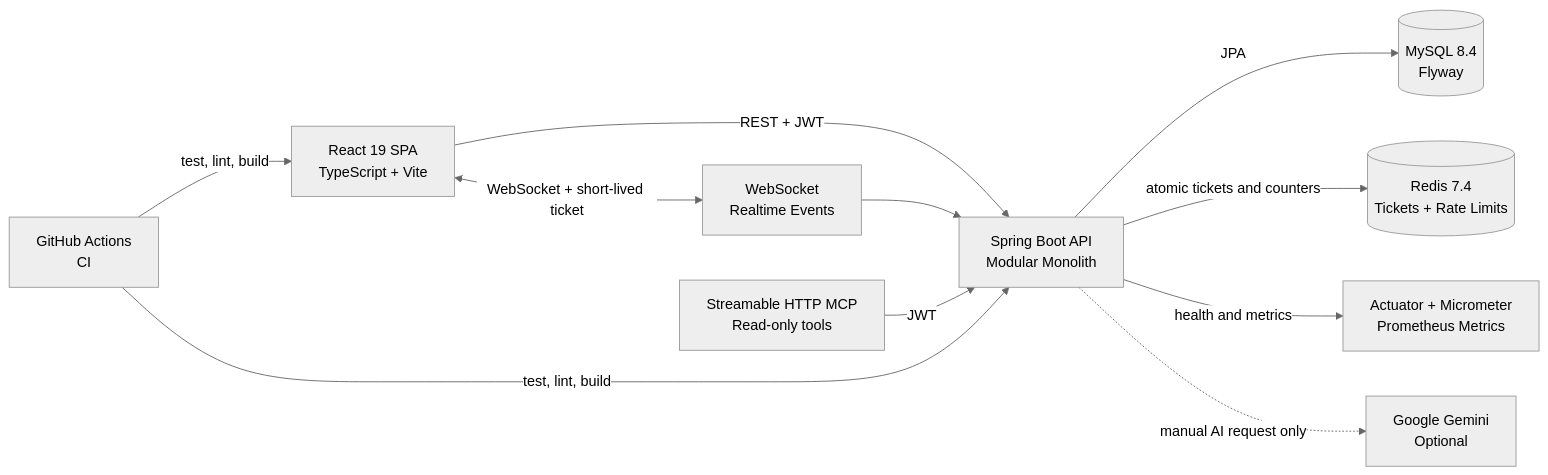
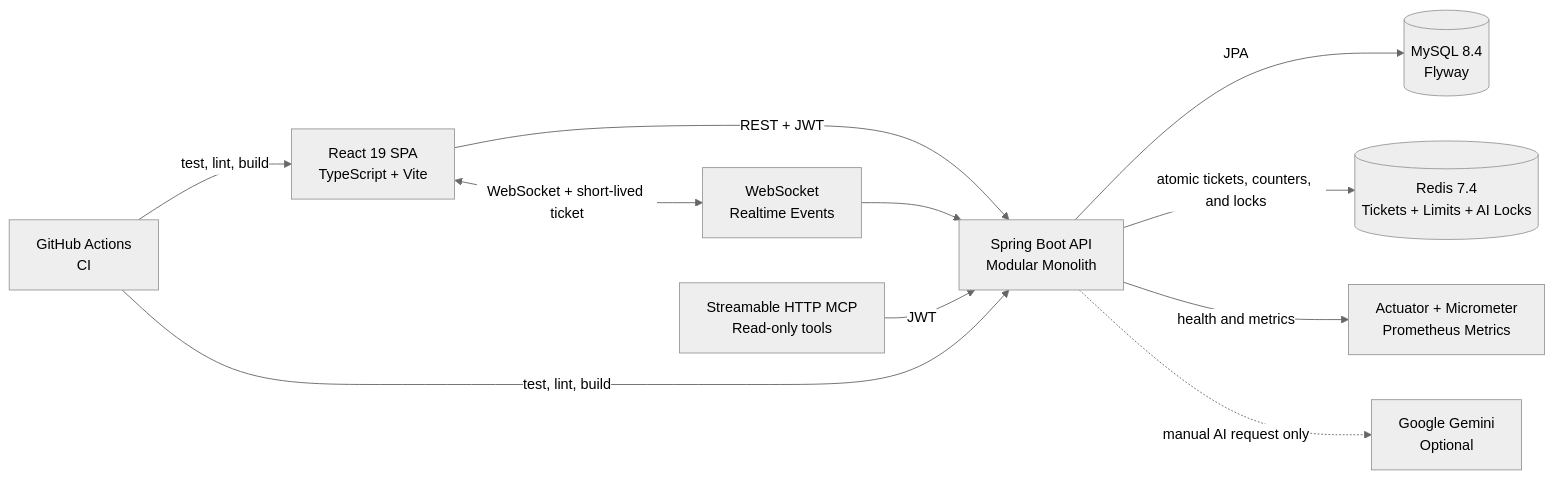
Before and after one commit to kimsesdook/Billiards-Analysis: the first of 2 diagrams in README.md, drawn with Mermaid (neutral theme). The commit also changed other lines of this file and 11 other files, not shown here.

````diff
--- a/README.md
+++ b/README.md
@@ -31,23 +31,23 @@
 ```mermaid
 flowchart LR
     Browser["React 19 SPA\nTypeScript + Vite"]
     API["Spring Boot API\nModular Monolith"]
     DB[("MySQL 8.4\nFlyway")]
-    Redis[("Redis 7.4\nTickets + Rate Limits")]
+    Redis[("Redis 7.4\nTickets + Limits + AI Locks")]
     Metrics["Actuator + Micrometer\nPrometheus Metrics"]
     Socket["WebSocket\nRealtime Events"]
     MCP["Streamable HTTP MCP\nRead-only tools"]
     Gemini["Google Gemini\nOptional"]
     CI["GitHub Actions\nCI"]
 
     Browser -->|"REST + JWT"| API
     Browser <-->|"WebSocket + short-lived ticket"| Socket
     Socket --> API
     API -->|"JPA"| DB
-    API -->|"atomic tickets and counters"| Redis
+    API -->|"atomic tickets, counters, and locks"| Redis
     API -->|"health and metrics"| Metrics
     MCP -->|"JWT"| API
     API -. "manual AI request only" .-> Gemini
     CI -->|"test, lint, build"| API
     CI -->|"test, lint, build"| Browser
 ```
````
